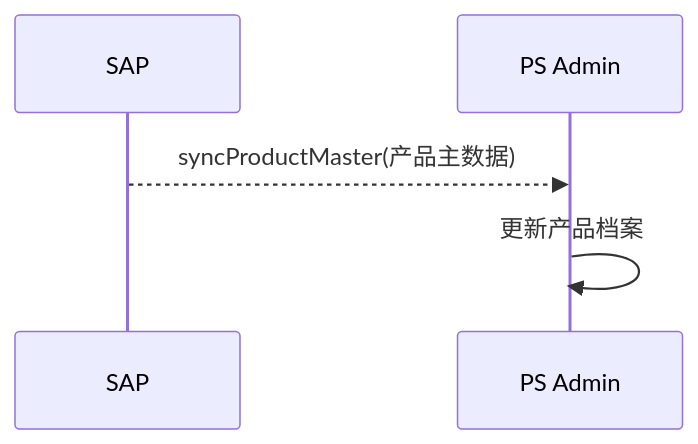
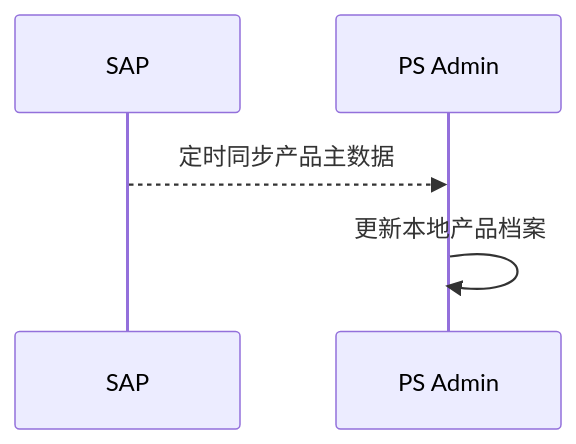
Before and after one commit to guguohai/gmps: diagram 13 of 43 in 文档/GM系统需求说明.md, drawn with Mermaid. The commit also changed other lines of this file and 31 other files, not shown here.

````diff
--- a/文档/GM系统需求说明.md
+++ b/文档/GM系统需求说明.md
@@ -741,8 +742,8 @@
 ```mermaid
 sequenceDiagram
     participant SAP as SAP
     participant PS as PS Admin
 
-    SAP-->>PS: syncProductMaster(产品主数据)
-    PS->>PS: 更新产品档案
+    SAP-->>PS: 定时同步产品主数据
+    PS->>PS: 更新本地产品档案
 ```
````
